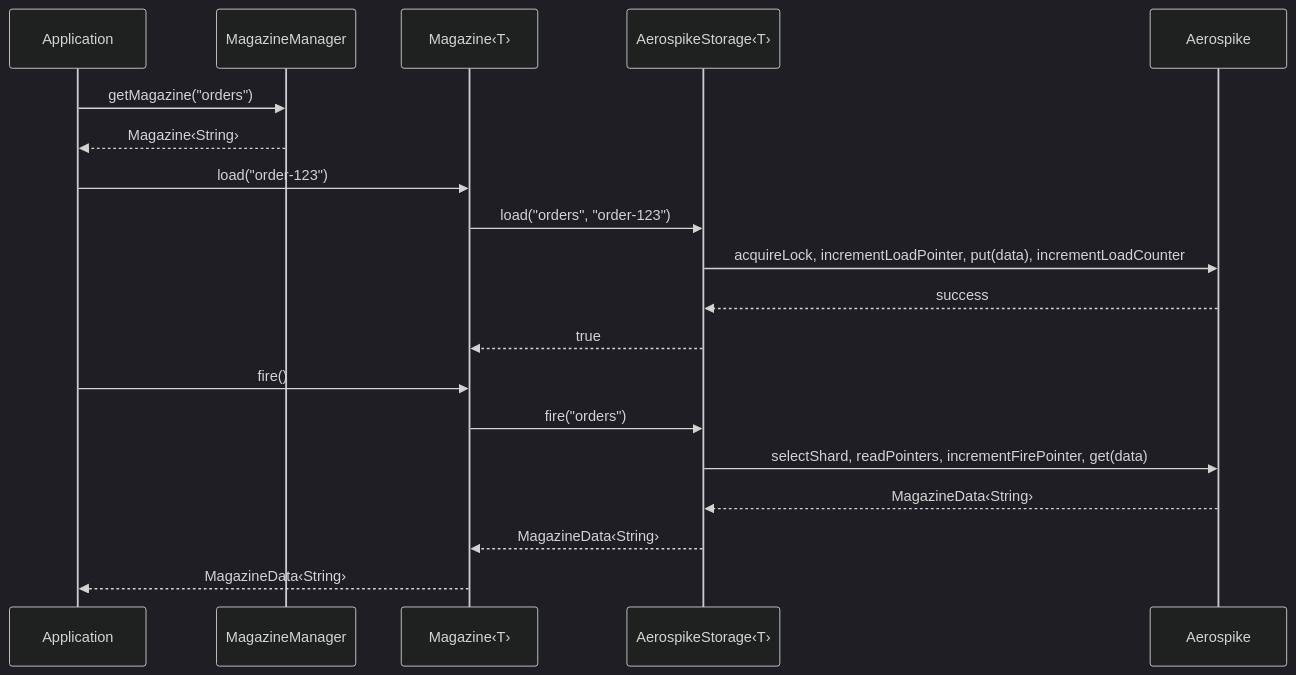
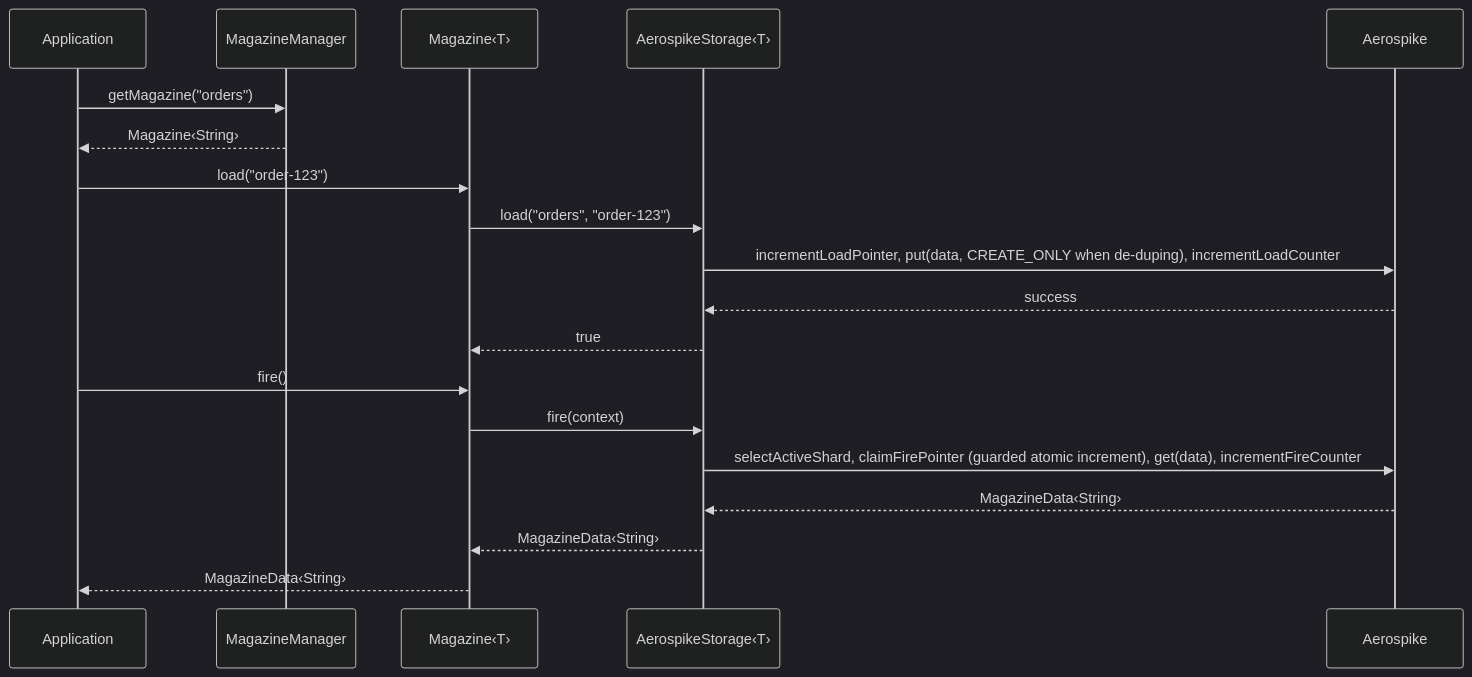
The first of 2 diagrams in docs/docs/index.md (PhonePe/Magazine), drawn with Mermaid (dark theme) before and after one commit. The commit also changed other lines of this file and 40 other files, not shown here.

````diff
--- a/docs/docs/index.md
+++ b/docs/docs/index.md
@@ -28,24 +30,24 @@
 ```mermaid
 sequenceDiagram
     participant App as Application
     participant Mgr as MagazineManager
     participant Mag as Magazine‹T›
     participant Store as AerospikeStorage‹T›
     participant AS as Aerospike
 
     App->>Mgr: getMagazine("orders")
     Mgr-->>App: Magazine‹String›
 
     App->>Mag: load("order-123")
     Mag->>Store: load("orders", "order-123")
-    Store->>AS: acquireLock, incrementLoadPointer, put(data), incrementLoadCounter
+    Store->>AS: incrementLoadPointer, put(data, CREATE_ONLY when de-duping), incrementLoadCounter
     AS-->>Store: success
     Store-->>Mag: true
 
     App->>Mag: fire()
-    Mag->>Store: fire("orders")
-    Store->>AS: selectShard, readPointers, incrementFirePointer, get(data)
+    Mag->>Store: fire(context)
+    Store->>AS: selectActiveShard, claimFirePointer (guarded atomic increment), get(data), incrementFireCounter
     AS-->>Store: MagazineData‹String›
     Store-->>Mag: MagazineData‹String›
     Mag-->>App: MagazineData‹String›
 ```
````
